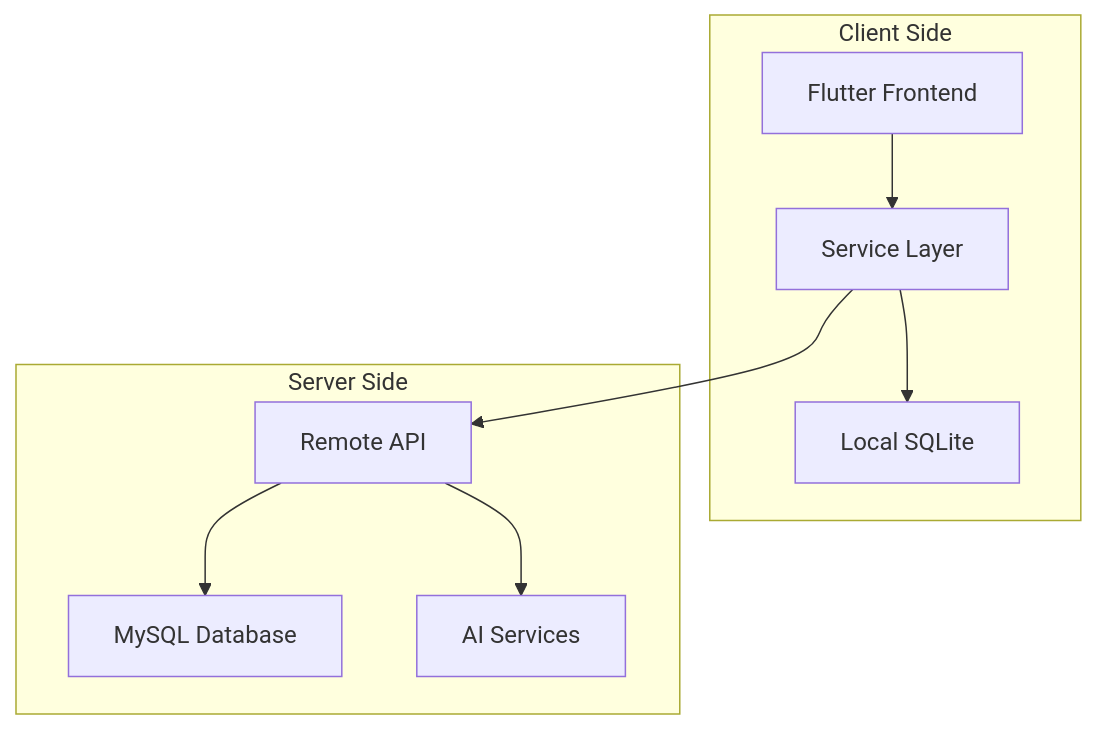
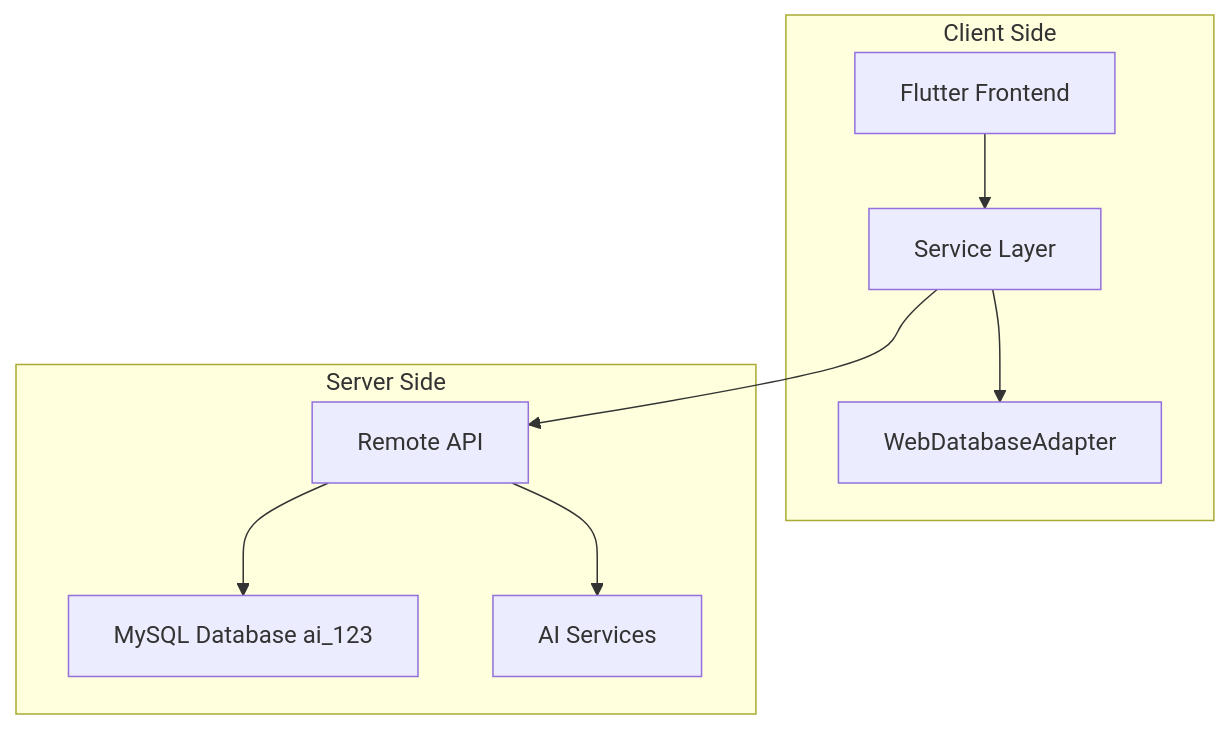
The diagram in Docs/README.md (c123ir/ai-123-flutter), drawn with Mermaid before and after one commit. The commit also changed other lines of this file and 71 other files, not shown here.

````diff
--- a/Docs/README.md
+++ b/Docs/README.md
@@ -68,20 +74,20 @@
 ```mermaid
 graph TB
     A[Flutter Frontend] --> B[Service Layer]
-    B --> C[Local SQLite]
+    B --> C[WebDatabaseAdapter]
     B --> D[Remote API]
-    D --> E[MySQL Database]
+    D --> E[MySQL Database ai_123]
     D --> F[AI Services]
     
     subgraph "Client Side"
         A
         B
         C
     end
     
     subgraph "Server Side"
         D
         E
         F
     end
 ```
````
